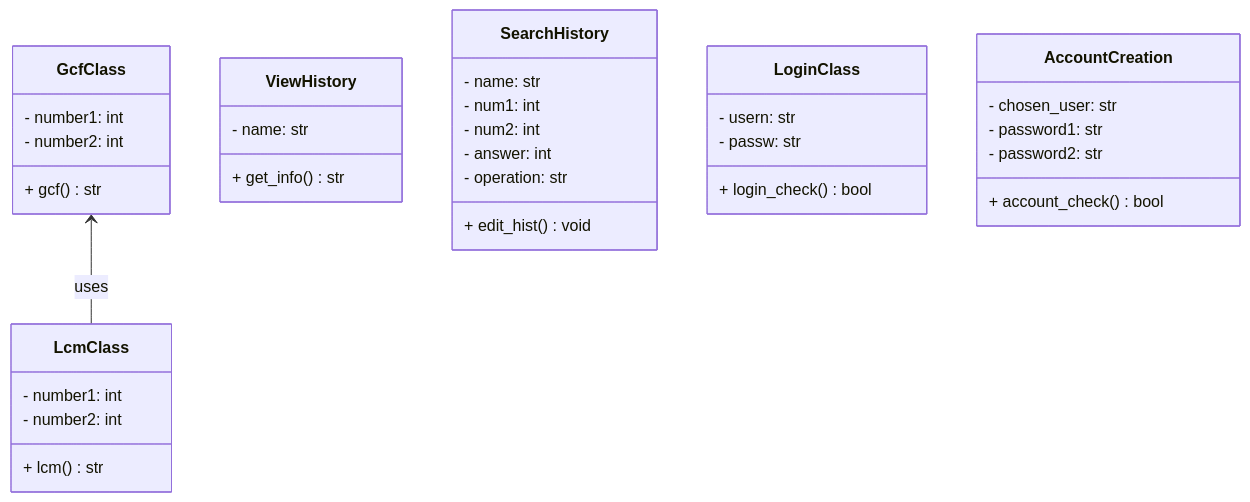
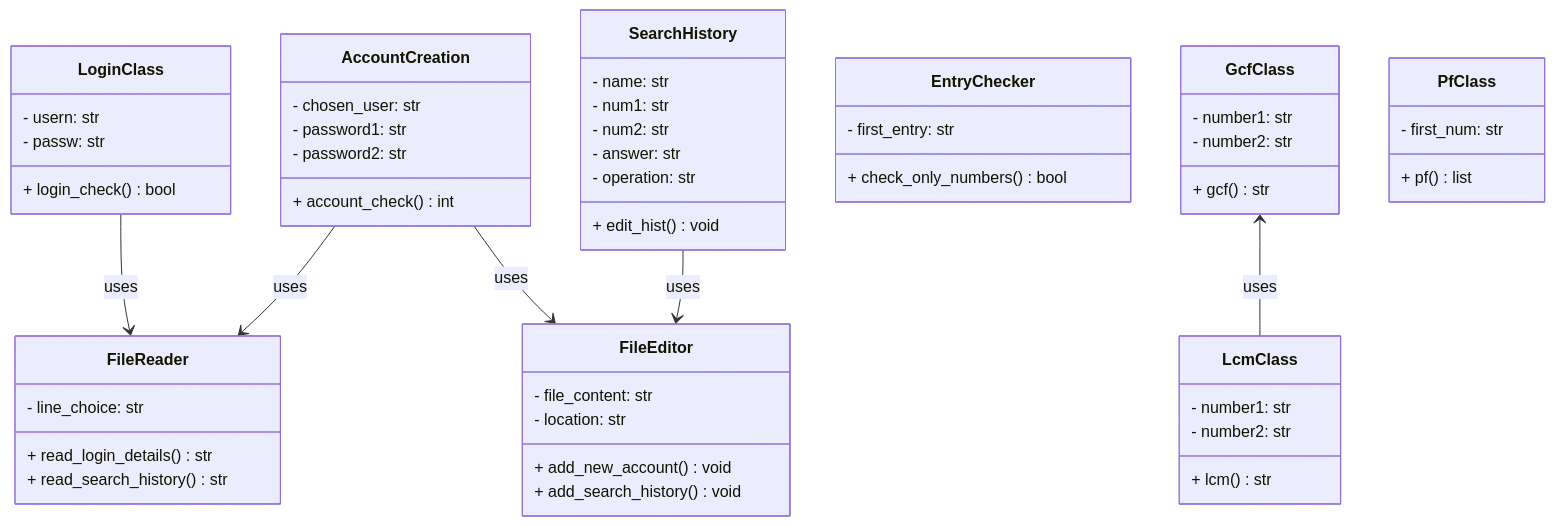
Before and after one commit to SouperSalamander/ot-harjoitustyo: the diagram in dokumentaatio/arkkitehtuuri.md, drawn with Mermaid.

````diff
--- a/dokumentaatio/arkkitehtuuri.md
+++ b/dokumentaatio/arkkitehtuuri.md
@@ -1,43 +1,65 @@
 ```mermaid
 classDiagram
-    class GcfClass {
-        - number1: int
-        - number2: int
-        + gcf() str
-    }
+  class LoginClass {
+    - usern: str
+    - passw: str
+    + login_check() bool
+  }
 
-    class LcmClass {
-        - number1: int
-        - number2: int
-        + lcm() str
-    }
+  class AccountCreation {
+    - chosen_user: str
+    - password1: str
+    - password2: str
+    + account_check() int
+  }
 
-    class ViewHistory {
-        - name: str
-        + get_info() str
-    }
+  class FileReader {
+    - line_choice: str
+    + read_login_details() str
+    + read_search_history() str
+  }
 
-    class SearchHistory {
-        - name: str
-        - num1: int
-        - num2: int
-        - answer: int
-        - operation: str
-        + edit_hist() void
-    }
+  class FileEditor {
+    - file_content: str
+    - location: str
+    + add_new_account() void
+    + add_search_history() void
+  }
 
-    class LoginClass {
-        - usern: str
-        - passw: str
-        + login_check() bool
-    }
+  class SearchHistory {
+    - name: str
+    - num1: str
+    - num2: str
+    - answer: str
+    - operation: str
+    + edit_hist() void
+  }
 
-    class AccountCreation {
-        - chosen_user: str
-        - password1: str
-        - password2: str
-        + account_check() bool
-    }
+  class EntryChecker {
+    - first_entry: str
+    + check_only_numbers() bool
+  }
 
-    GcfClass <-- LcmClass : uses
+  class GcfClass {
+    - number1: str
+    - number2: str
+    + gcf() str
+  }
+
+  class LcmClass {
+    - number1: str
+    - number2: str
+    + lcm() str
+  }
+
+  class PfClass {
+    - first_num: str
+    + pf() list
+  }
+
+  LoginClass --> FileReader: uses
+  AccountCreation --> FileEditor: uses
+  AccountCreation --> FileReader: uses
+  SearchHistory --> FileEditor: uses
+  GcfClass <-- LcmClass: uses
 ```
````
